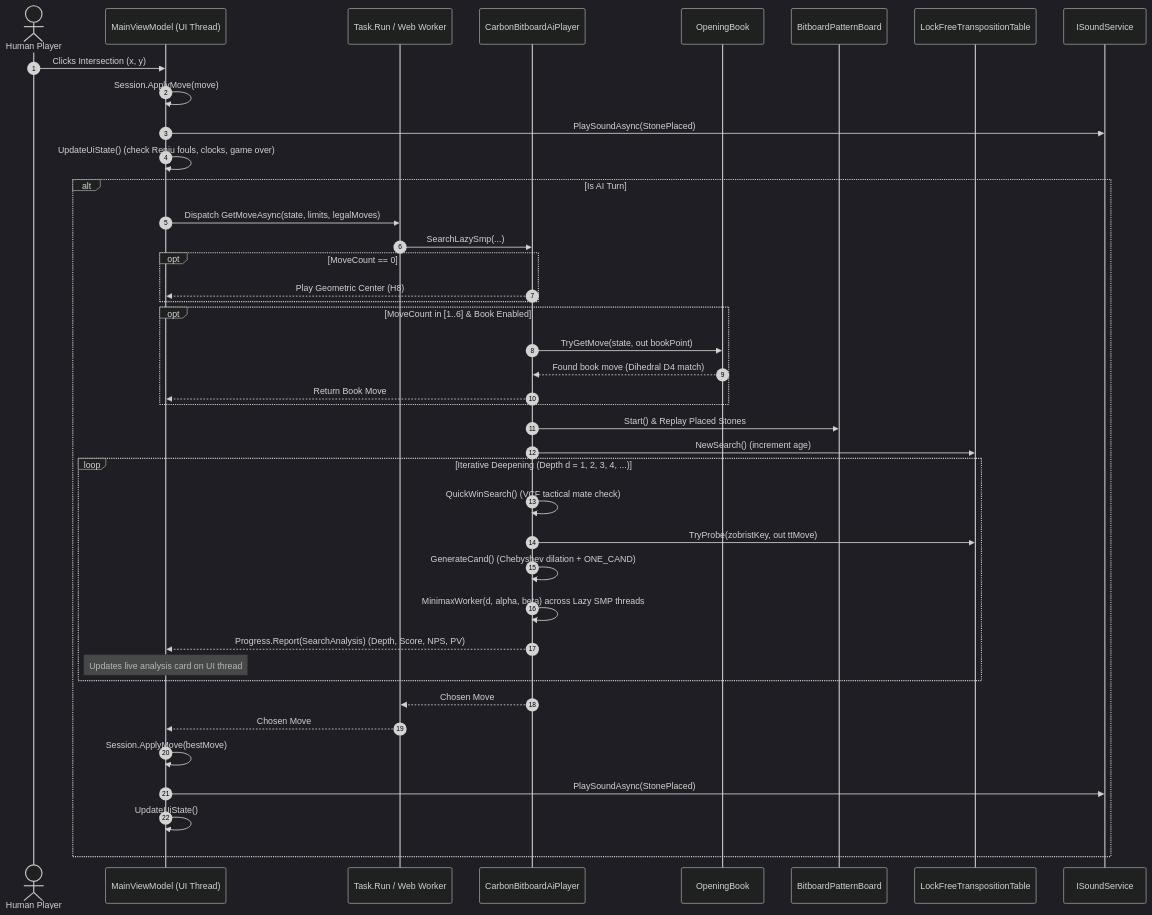
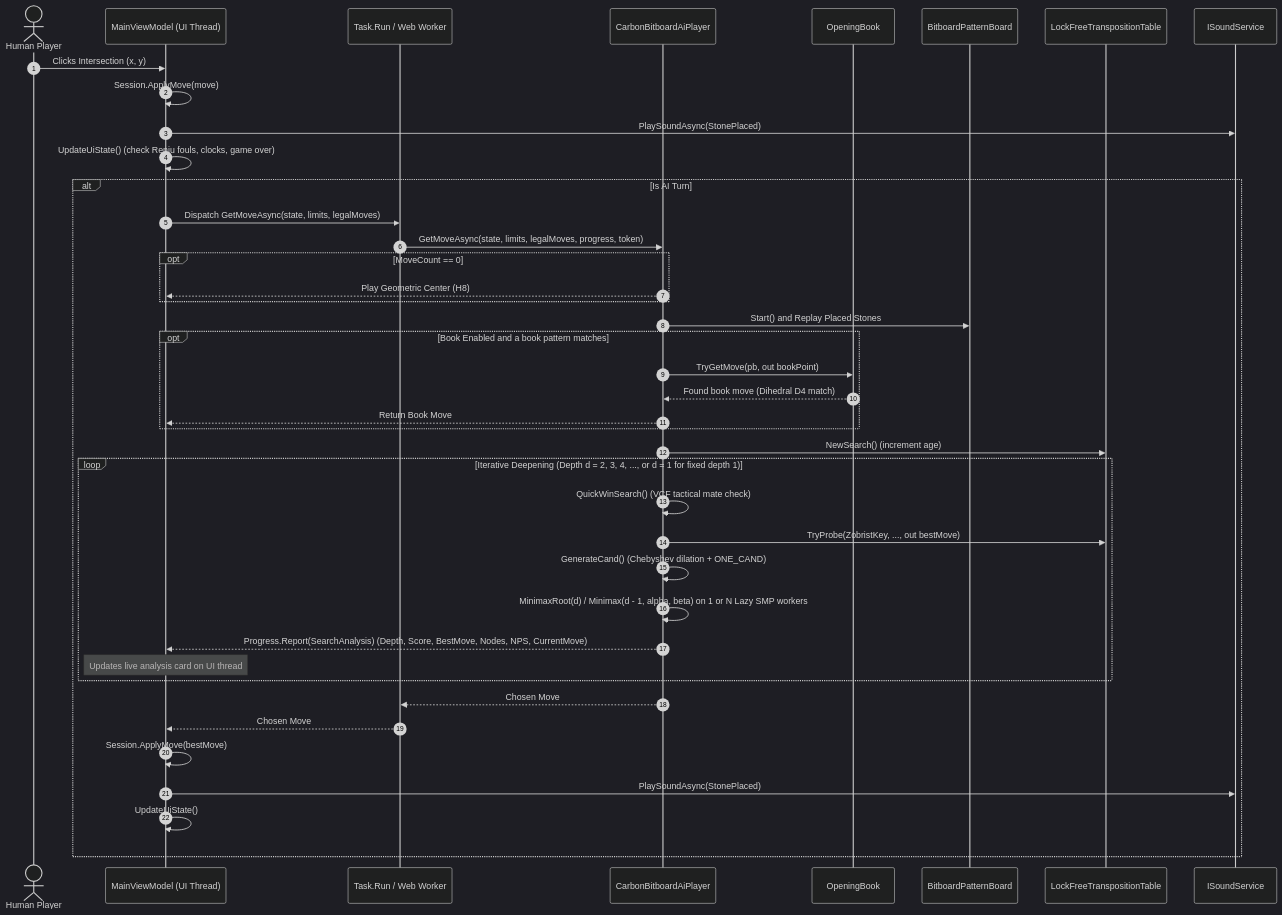
Before and after one commit to cjp-dev/Gomoku: the fourth of 4 diagrams in docs/brain/01-overview.md, drawn with Mermaid (dark theme). The commit also changed other lines of this file and 26 other files, not shown here.

````diff
--- a/docs/brain/01-overview.md
+++ b/docs/brain/01-overview.md
@@ -195,50 +202,51 @@
 ```mermaid
 sequenceDiagram
     autonumber
     actor Player as Human Player
     participant VM as MainViewModel (UI Thread)
     participant Worker as Task.Run / Web Worker
     participant AI as CarbonBitboardAiPlayer
     participant Book as OpeningBook
     participant PB as BitboardPatternBoard
     participant TT as LockFreeTranspositionTable
     participant Sound as ISoundService
 
     Player->>VM: Clicks Intersection (x, y)
     VM->>VM: Session.ApplyMove(move)
     VM->>Sound: PlaySoundAsync(StonePlaced)
     VM->>VM: UpdateUiState() (check Renju fouls, clocks, game over)
     
     alt Is AI Turn
         VM->>Worker: Dispatch GetMoveAsync(state, limits, legalMoves)
-        Worker->>AI: SearchLazySmp(...)
+        Worker->>AI: GetMoveAsync(state, limits, legalMoves, progress, token)
         
         opt MoveCount == 0
             AI-->>VM: Play Geometric Center (H8)
         end
 
-        opt MoveCount in [1..6] & Book Enabled
-            AI->>Book: TryGetMove(state, out bookPoint)
+        AI->>PB: Start() and Replay Placed Stones
+
+        opt Book Enabled and a book pattern matches
+            AI->>Book: TryGetMove(pb, out bookPoint)
             Book-->>AI: Found book move (Dihedral D4 match)
             AI-->>VM: Return Book Move
         end
 
-        AI->>PB: Start() & Replay Placed Stones
         AI->>TT: NewSearch() (increment age)
         
-        loop Iterative Deepening (Depth d = 1, 2, 3, 4, ...)
+        loop Iterative Deepening (Depth d = 2, 3, 4, ..., or d = 1 for fixed depth 1)
             AI->>AI: QuickWinSearch() (VCF tactical mate check)
-            AI->>TT: TryProbe(zobristKey, out ttMove)
+            AI->>TT: TryProbe(ZobristKey, ..., out bestMove)
             AI->>AI: GenerateCand() (Chebyshev dilation + ONE_CAND)
-            AI->>AI: MinimaxWorker(d, alpha, beta) across Lazy SMP threads
-            AI-->>VM: Progress.Report(SearchAnalysis) (Depth, Score, NPS, PV)
+            AI->>AI: MinimaxRoot(d) / Minimax(d - 1, alpha, beta) on 1 or N Lazy SMP workers
+            AI-->>VM: Progress.Report(SearchAnalysis) (Depth, Score, BestMove, Nodes, NPS, CurrentMove)
             Note over VM: Updates live analysis card on UI thread
         end
         
         AI-->>Worker: Chosen Move
         Worker-->>VM: Chosen Move
         VM->>VM: Session.ApplyMove(bestMove)
         VM->>Sound: PlaySoundAsync(StonePlaced)
         VM->>VM: UpdateUiState()
     end
 ```
````
